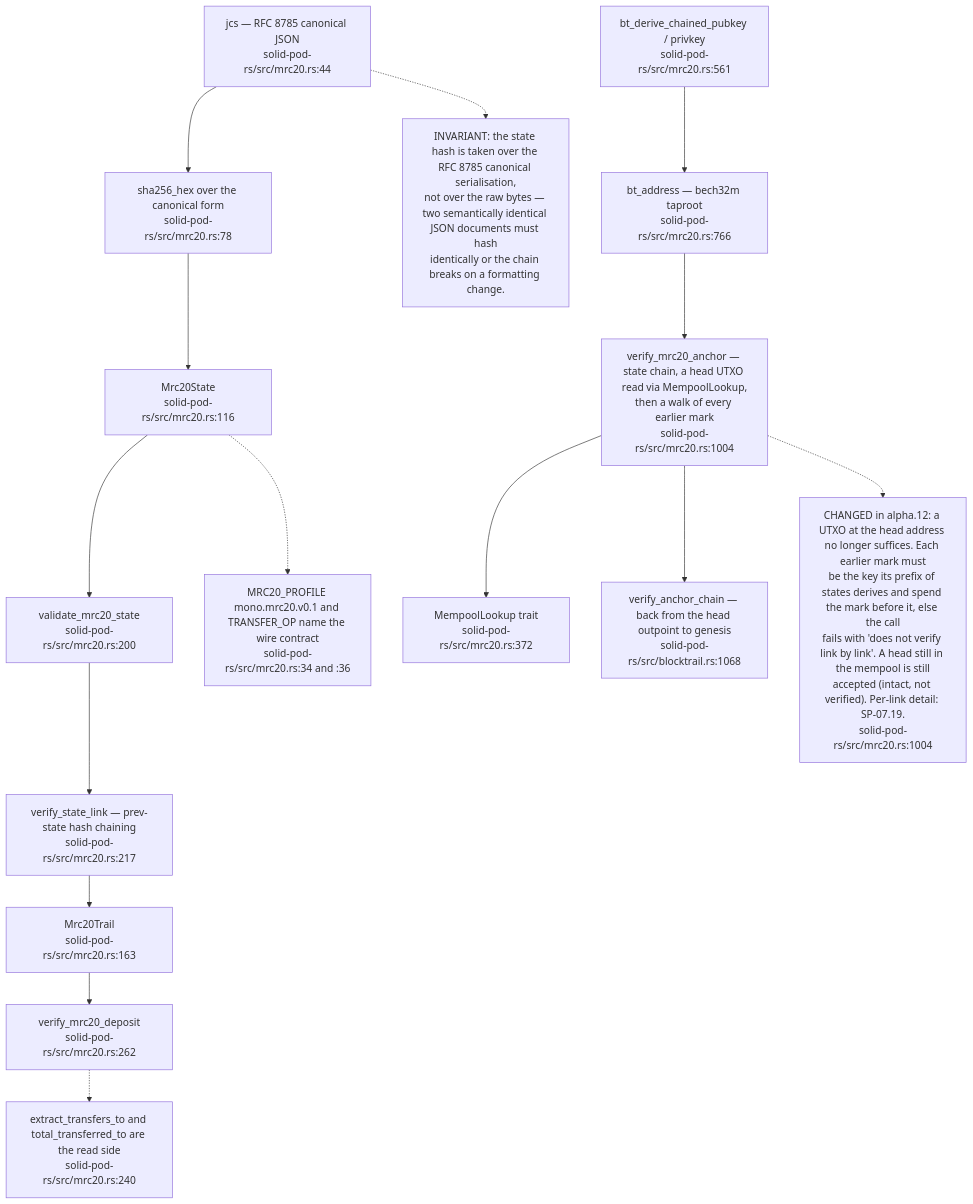
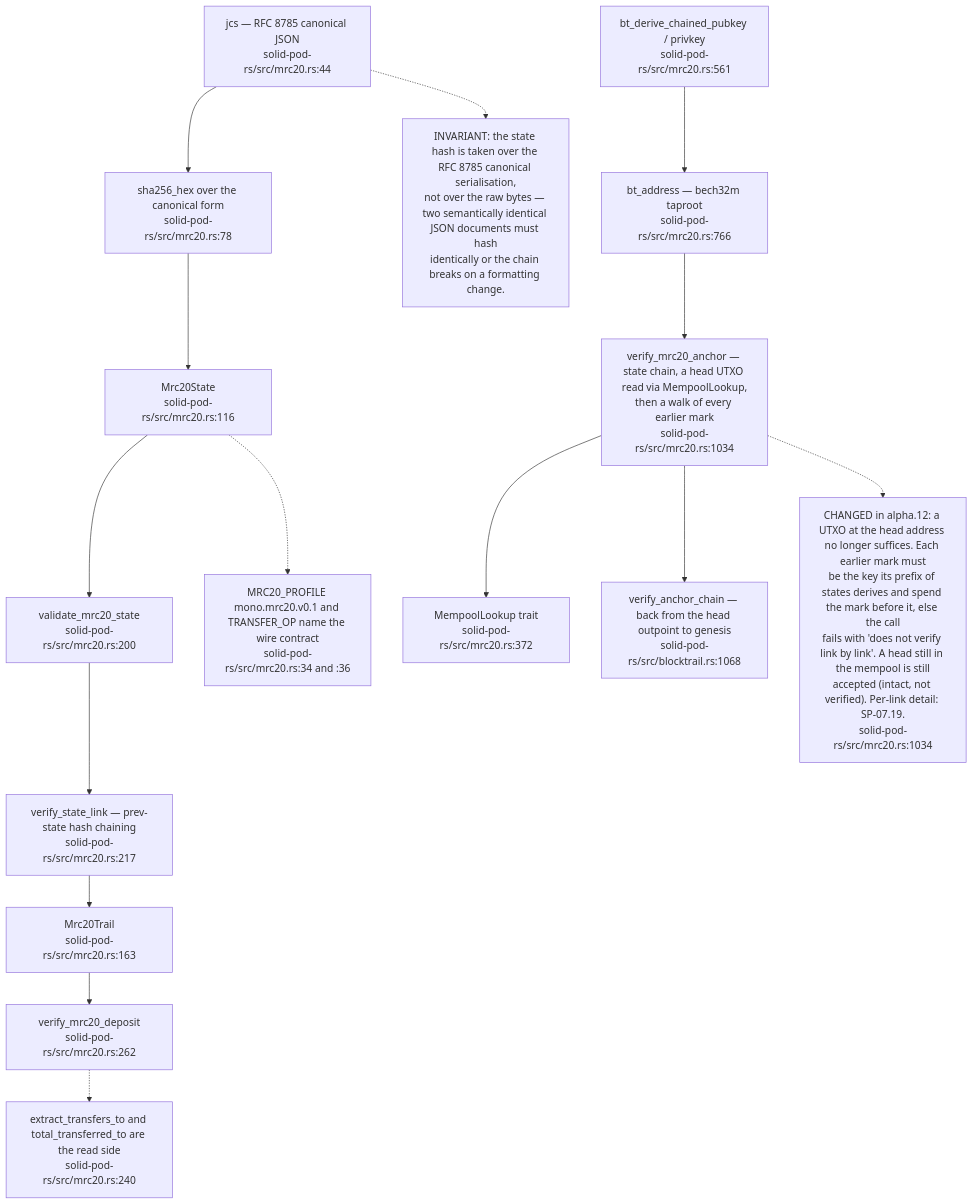
One commit to DreamLab-AI/VisionFlow changed the eighth of 19 diagrams in docs/diagrams/solid-pod-rs/07-provenance-and-payments.md. Above: the diagram before and after it, drawn with Mermaid. The commit also changed other lines of this file and 160 other files, not shown here.

````diff
--- a/docs/diagrams/solid-pod-rs/07-provenance-and-payments.md
+++ b/docs/diagrams/solid-pod-rs/07-provenance-and-payments.md
@@ -242,29 +249,29 @@
 ```mermaid
 flowchart TD
     JCS["jcs — RFC 8785 canonical JSON<br/>solid-pod-rs/src/mrc20.rs:44"]
     SHA["sha256_hex over the canonical form<br/>solid-pod-rs/src/mrc20.rs:78"]
     ST["Mrc20State<br/>solid-pod-rs/src/mrc20.rs:116"]
     VAL["validate_mrc20_state<br/>solid-pod-rs/src/mrc20.rs:200"]
     LNK["verify_state_link — prev-state hash chaining<br/>solid-pod-rs/src/mrc20.rs:217"]
     TR["Mrc20Trail<br/>solid-pod-rs/src/mrc20.rs:163"]
     DEP["verify_mrc20_deposit<br/>solid-pod-rs/src/mrc20.rs:262"]
     KEY["bt_derive_chained_pubkey / privkey<br/>solid-pod-rs/src/mrc20.rs:561"]
     ADDR["bt_address — bech32m taproot<br/>solid-pod-rs/src/mrc20.rs:766"]
-    VER["verify_mrc20_anchor — state chain, a head UTXO read via MempoolLookup,<br/>then a walk of every earlier mark<br/>solid-pod-rs/src/mrc20.rs:1004"]
+    VER["verify_mrc20_anchor — state chain, a head UTXO read via MempoolLookup,<br/>then a walk of every earlier mark<br/>solid-pod-rs/src/mrc20.rs:1034"]
     WALK["verify_anchor_chain — back from the head outpoint to genesis<br/>solid-pod-rs/src/blocktrail.rs:1068"]
     ML["MempoolLookup trait<br/>solid-pod-rs/src/mrc20.rs:372"]
 
     JCS --> SHA --> ST --> VAL --> LNK --> TR
     TR --> DEP
     KEY --> ADDR --> VER --> ML
     VER --> WALK
 
     N["INVARIANT: the state hash is taken over the RFC 8785 canonical serialisation,<br/>not over the raw bytes — two semantically identical JSON documents must hash<br/>identically or the chain breaks on a formatting change."]
     JCS -.-> N
     N2["MRC20_PROFILE mono.mrc20.v0.1 and TRANSFER_OP name the wire contract<br/>solid-pod-rs/src/mrc20.rs:34 and :36"]
     ST -.-> N2
     N3["extract_transfers_to and total_transferred_to are the read side<br/>solid-pod-rs/src/mrc20.rs:240"]
     DEP -.-> N3
-    N4["CHANGED in alpha.12: a UTXO at the head address no longer suffices. Each earlier mark must<br/>be the key its prefix of states derives and spend the mark before it, else the call<br/>fails with 'does not verify link by link'. A head still in the mempool is still<br/>accepted (intact, not verified). Per-link detail: SP-07.19.<br/>solid-pod-rs/src/mrc20.rs:1004"]
+    N4["CHANGED in alpha.12: a UTXO at the head address no longer suffices. Each earlier mark must<br/>be the key its prefix of states derives and spend the mark before it, else the call<br/>fails with 'does not verify link by link'. A head still in the mempool is still<br/>accepted (intact, not verified). Per-link detail: SP-07.19.<br/>solid-pod-rs/src/mrc20.rs:1034"]
     VER -.-> N4
 ```
````
